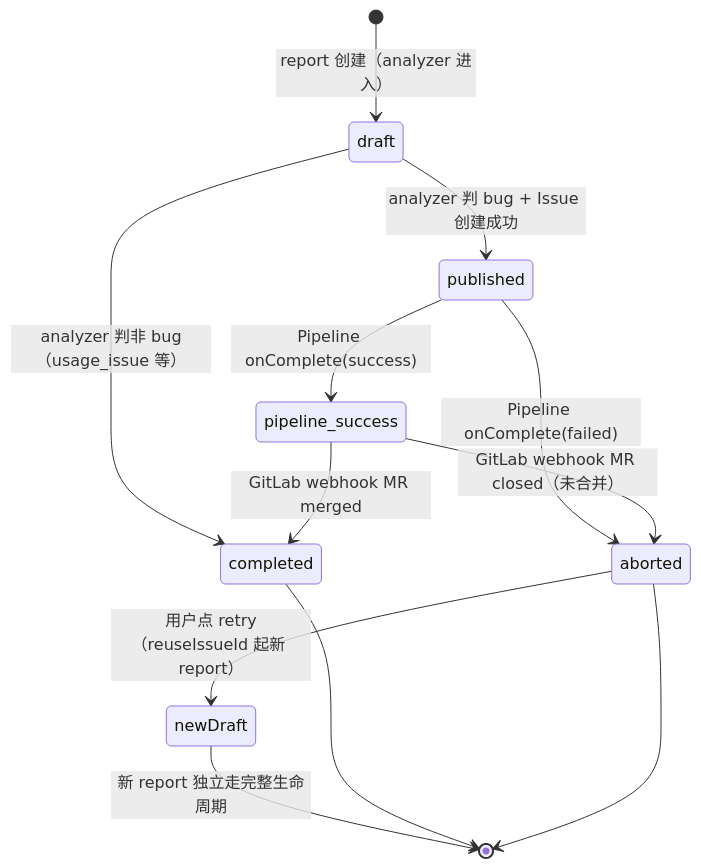
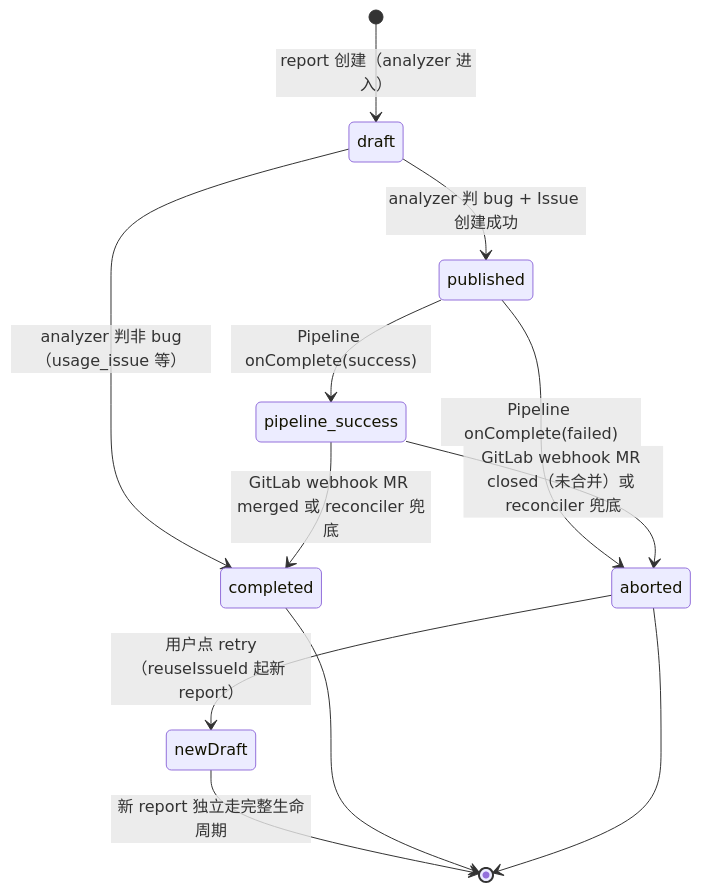
Before and after one commit to sherryswift1019-gif/chatops: the second of 2 diagrams in docs/superpowers/specs/2026-04-17-bug-fix-workflow-orchestration-design.md, drawn with Mermaid. The commit also changed other lines of this file and 9 other files, not shown here.

````diff
--- a/docs/superpowers/specs/2026-04-17-bug-fix-workflow-orchestration-design.md
+++ b/docs/superpowers/specs/2026-04-17-bug-fix-workflow-orchestration-design.md
@@ -291,14 +291,14 @@
 ```mermaid
 stateDiagram-v2
     [*] --> draft: report 创建（analyzer 进入）
     draft --> published: analyzer 判 bug + Issue 创建成功
     draft --> completed: analyzer 判非 bug（usage_issue 等）
     published --> pipeline_success: Pipeline onComplete(success)
     published --> aborted: Pipeline onComplete(failed)
-    pipeline_success --> completed: GitLab webhook MR merged
-    pipeline_success --> aborted: GitLab webhook MR closed（未合并）
+    pipeline_success --> completed: GitLab webhook MR merged 或 reconciler 兜底
+    pipeline_success --> aborted: GitLab webhook MR closed（未合并）或 reconciler 兜底
     aborted --> newDraft: 用户点 retry（reuseIssueId 起新 report）
     newDraft --> [*]: 新 report 独立走完整生命周期
     completed --> [*]
     aborted --> [*]
 ```
````
